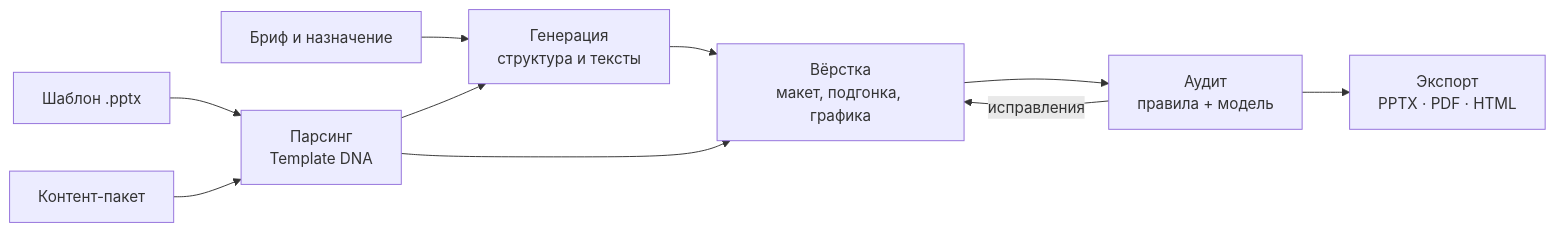
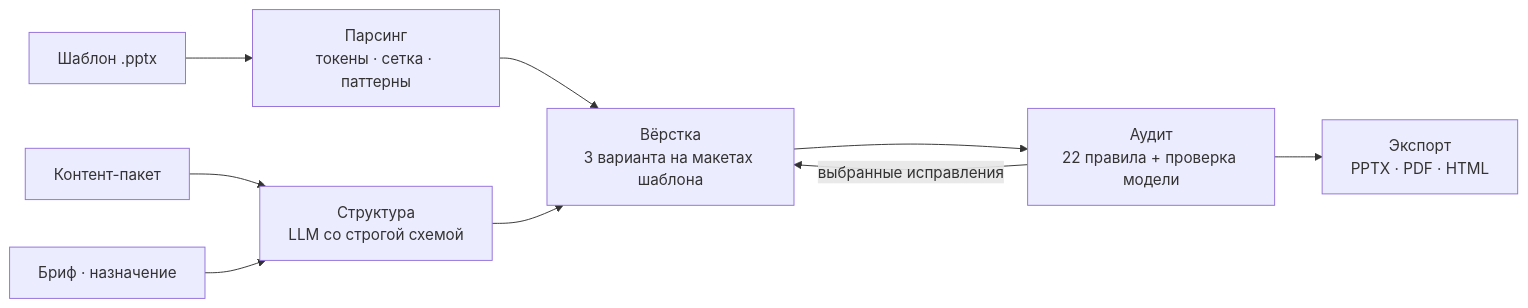
Before and after one commit to DiFoxenGit/-VKTechHackathon: the diagram in README.md, drawn with Mermaid. The commit also changed other lines of this file and 4 other files, not shown here.

````diff
--- a/README.md
+++ b/README.md
@@ -84,12 +80,11 @@
 ```mermaid
 flowchart LR
-    A[Шаблон .pptx] --> P[Парсинг<br/>Template DNA]
-    B[Контент-пакет] --> P
-    C[Бриф и назначение] --> G[Генерация<br/>структура и тексты]
-    P --> G
-    G --> L[Вёрстка<br/>макет, подгонка, графика]
-    P --> L
-    L --> AU[Аудит<br/>правила + модель]
-    AU -->|исправления| L
-    AU --> E[Экспорт<br/>PPTX · PDF · HTML]
+    T[Шаблон .pptx] --> P[Парсинг<br/>токены · сетка · паттерны]
+    C[Контент-пакет] --> G
+    B[Бриф · назначение] --> G[Структура<br/>LLM со строгой схемой]
+    P --> L[Вёрстка<br/>3 варианта на макетах шаблона]
+    G --> L
+    L --> A[Аудит<br/>22 правила + проверка модели]
+    A -->|выбранные исправления| L
+    A --> E[Экспорт<br/>PPTX · PDF · HTML]
 ```
````
